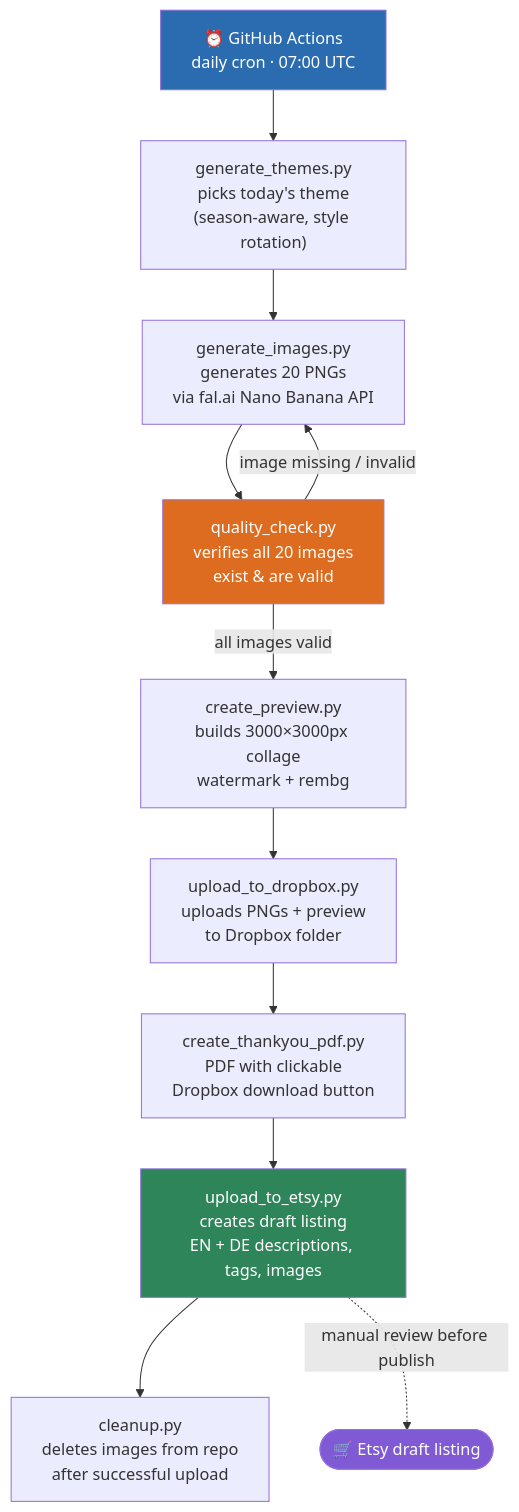
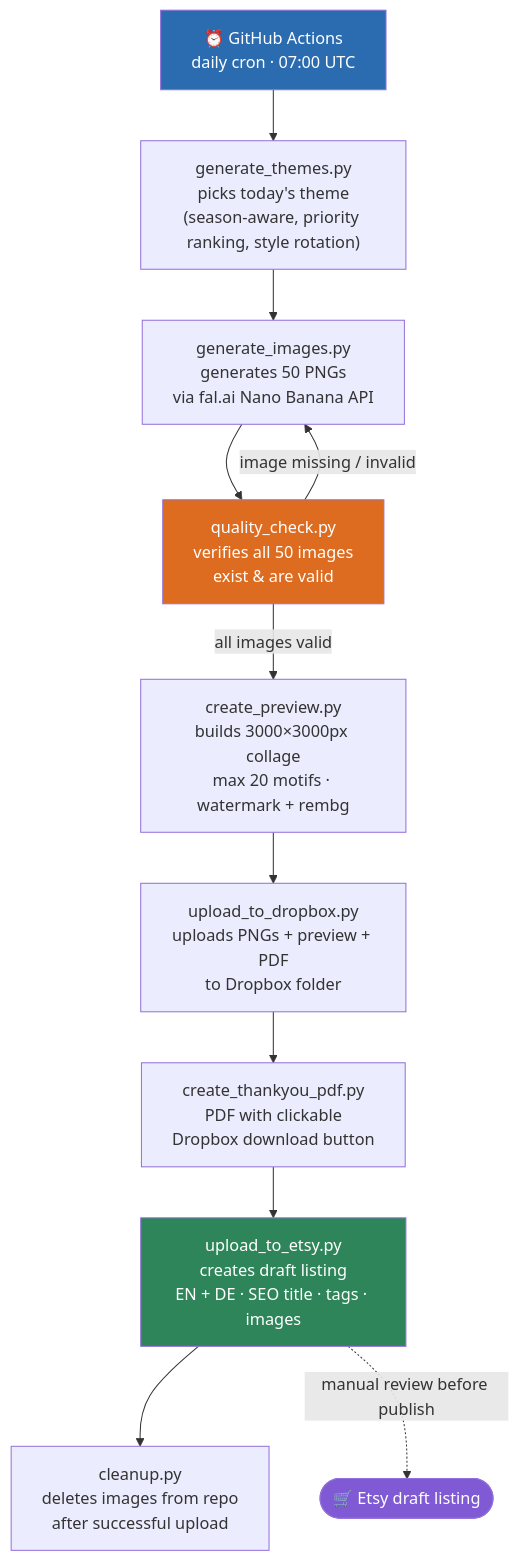
Before and after one commit to Maycus85/etsy-automation: the diagram in README.md, drawn with Mermaid. The commit also changed other lines of this file, not shown here.

````diff
--- a/README.md
+++ b/README.md
@@ -28,18 +32,18 @@
 ```mermaid
 flowchart TD
-    A["⏰ GitHub Actions<br/>daily cron · 07:00 UTC"] --> B["generate_themes.py<br/>picks today's theme<br/>(season-aware, style rotation)"]
-    B --> C["generate_images.py<br/>generates 20 PNGs<br/>via fal.ai Nano Banana API"]
-    C --> D["quality_check.py<br/>verifies all 20 images<br/>exist &amp; are valid"]
+    A["⏰ GitHub Actions<br/>daily cron · 07:00 UTC"] --> B["generate_themes.py<br/>picks today's theme<br/>(season-aware, priority ranking, style rotation)"]
+    B --> C["generate_images.py<br/>generates 50 PNGs<br/>via fal.ai Nano Banana API"]
+    C --> D["quality_check.py<br/>verifies all 50 images<br/>exist &amp; are valid"]
     D -- "image missing / invalid" --> C
-    D -- "all images valid" --> E["create_preview.py<br/>builds 3000×3000px collage<br/>watermark + rembg"]
-    E --> F["upload_to_dropbox.py<br/>uploads PNGs + preview<br/>to Dropbox folder"]
+    D -- "all images valid" --> E["create_preview.py<br/>builds 3000×3000px collage<br/>max 20 motifs · watermark + rembg"]
+    E --> F["upload_to_dropbox.py<br/>uploads PNGs + preview + PDF<br/>to Dropbox folder"]
     F --> G["create_thankyou_pdf.py<br/>PDF with clickable<br/>Dropbox download button"]
-    G --> H["upload_to_etsy.py<br/>creates draft listing<br/>EN + DE descriptions, tags, images"]
+    G --> H["upload_to_etsy.py<br/>creates draft listing<br/>EN + DE · SEO title · tags · images"]
     H --> I["cleanup.py<br/>deletes images from repo<br/>after successful upload"]
     H -.->|manual review before publish| J(["🛒 Etsy draft listing"])
 
     style A fill:#2b6cb0,color:#fff
     style D fill:#dd6b20,color:#fff
     style H fill:#2f855a,color:#fff
     style J fill:#805ad5,color:#fff
 ```
````
